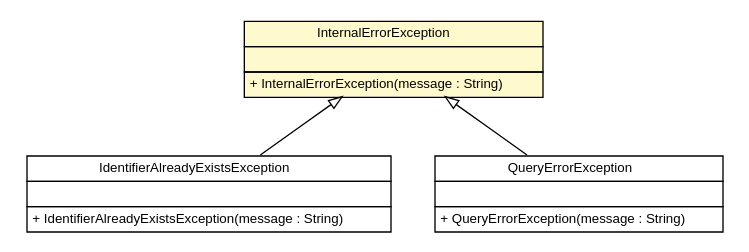
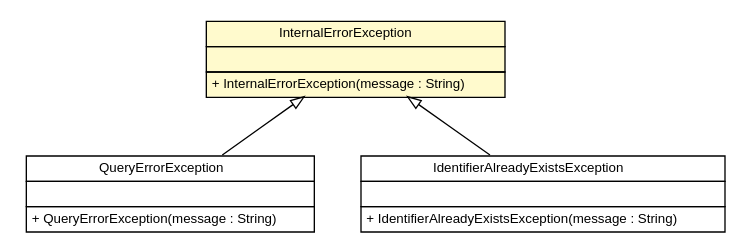
One commit to adrianorzyszek/r43ples changed the diagram in site/apidocs/de/tud/plt/r43ples/exception/InternalErrorException.dot. Above: the diagram before and after it, drawn with Graphviz. The commit also changed 266 other files, not shown here.

```diff
--- a/site/apidocs/de/tud/plt/r43ples/exception/InternalErrorException.dot
+++ b/site/apidocs/de/tud/plt/r43ples/exception/InternalErrorException.dot
@@ -1,52 +1,52 @@
 #!/usr/local/bin/dot
 #
 # Class diagram 
 # Generated by UMLGraph version R5_6-24-gf6e263 (http://www.umlgraph.org/)
 #
 
 digraph G {
 	edge [fontname="Helvetica",fontsize=10,labelfontname="Helvetica",labelfontsize=10];
 	node [fontname="Helvetica",fontsize=10,shape=plaintext];
 	nodesep=0.25;
 	ranksep=0.5;
+	// de.tud.plt.r43ples.exception.QueryErrorException
+	c869 [label=<<table title="de.tud.plt.r43ples.exception.QueryErrorException" border="0" cellborder="1" cellspacing="0" cellpadding="2" port="p" href="./QueryErrorException.html">
+		<tr><td><table border="0" cellspacing="0" cellpadding="1">
+<tr><td align="center" balign="center"> QueryErrorException </td></tr>
+		</table></td></tr>
+		<tr><td><table border="0" cellspacing="0" cellpadding="1">
+<tr><td align="left" balign="left">  </td></tr>
+		</table></td></tr>
+		<tr><td><table border="0" cellspacing="0" cellpadding="1">
+<tr><td align="left" balign="left"> + QueryErrorException(message : String) </td></tr>
+		</table></td></tr>
+		</table>>, URL="./QueryErrorException.html", fontname="Helvetica", fontcolor="black", fontsize=10.0];
+	// de.tud.plt.r43ples.exception.InternalErrorException
+	c870 [label=<<table title="de.tud.plt.r43ples.exception.InternalErrorException" border="0" cellborder="1" cellspacing="0" cellpadding="2" port="p" bgcolor="lemonChiffon" href="./InternalErrorException.html">
+		<tr><td><table border="0" cellspacing="0" cellpadding="1">
+<tr><td align="center" balign="center"> InternalErrorException </td></tr>
+		</table></td></tr>
+		<tr><td><table border="0" cellspacing="0" cellpadding="1">
+<tr><td align="left" balign="left">  </td></tr>
+		</table></td></tr>
+		<tr><td><table border="0" cellspacing="0" cellpadding="1">
+<tr><td align="left" balign="left"> + InternalErrorException(message : String) </td></tr>
+		</table></td></tr>
+		</table>>, URL="./InternalErrorException.html", fontname="Helvetica", fontcolor="black", fontsize=10.0];
 	// de.tud.plt.r43ples.exception.IdentifierAlreadyExistsException
-	c900 [label=<<table title="de.tud.plt.r43ples.exception.IdentifierAlreadyExistsException" border="0" cellborder="1" cellspacing="0" cellpadding="2" port="p" href="./IdentifierAlreadyExistsException.html">
+	c871 [label=<<table title="de.tud.plt.r43ples.exception.IdentifierAlreadyExistsException" border="0" cellborder="1" cellspacing="0" cellpadding="2" port="p" href="./IdentifierAlreadyExistsException.html">
 		<tr><td><table border="0" cellspacing="0" cellpadding="1">
 <tr><td align="center" balign="center"> IdentifierAlreadyExistsException </td></tr>
 		</table></td></tr>
 		<tr><td><table border="0" cellspacing="0" cellpadding="1">
 <tr><td align="left" balign="left">  </td></tr>
 		</table></td></tr>
 		<tr><td><table border="0" cellspacing="0" cellpadding="1">
 <tr><td align="left" balign="left"> + IdentifierAlreadyExistsException(message : String) </td></tr>
 		</table></td></tr>
 		</table>>, URL="./IdentifierAlreadyExistsException.html", fontname="Helvetica", fontcolor="black", fontsize=10.0];
-	// de.tud.plt.r43ples.exception.InternalErrorException
-	c901 [label=<<table title="de.tud.plt.r43ples.exception.InternalErrorException" border="0" cellborder="1" cellspacing="0" cellpadding="2" port="p" bgcolor="lemonChiffon" href="./InternalErrorException.html">
-		<tr><td><table border="0" cellspacing="0" cellpadding="1">
-<tr><td align="center" balign="center"> InternalErrorException </td></tr>
-		</table></td></tr>
-		<tr><td><table border="0" cellspacing="0" cellpadding="1">
-<tr><td align="left" balign="left">  </td></tr>
-		</table></td></tr>
-		<tr><td><table border="0" cellspacing="0" cellpadding="1">
-<tr><td align="left" balign="left"> + InternalErrorException(message : String) </td></tr>
-		</table></td></tr>
-		</table>>, URL="./InternalErrorException.html", fontname="Helvetica", fontcolor="black", fontsize=10.0];
-	// de.tud.plt.r43ples.exception.QueryErrorException
-	c902 [label=<<table title="de.tud.plt.r43ples.exception.QueryErrorException" border="0" cellborder="1" cellspacing="0" cellpadding="2" port="p" href="./QueryErrorException.html">
-		<tr><td><table border="0" cellspacing="0" cellpadding="1">
-<tr><td align="center" balign="center"> QueryErrorException </td></tr>
-		</table></td></tr>
-		<tr><td><table border="0" cellspacing="0" cellpadding="1">
-<tr><td align="left" balign="left">  </td></tr>
-		</table></td></tr>
-		<tr><td><table border="0" cellspacing="0" cellpadding="1">
-<tr><td align="left" balign="left"> + QueryErrorException(message : String) </td></tr>
-		</table></td></tr>
-		</table>>, URL="./QueryErrorException.html", fontname="Helvetica", fontcolor="black", fontsize=10.0];
+	//de.tud.plt.r43ples.exception.QueryErrorException extends de.tud.plt.r43ples.exception.InternalErrorException
+	c870:p -> c869:p [dir=back,arrowtail=empty];
 	//de.tud.plt.r43ples.exception.IdentifierAlreadyExistsException extends de.tud.plt.r43ples.exception.InternalErrorException
-	c901:p -> c900:p [dir=back,arrowtail=empty];
-	//de.tud.plt.r43ples.exception.QueryErrorException extends de.tud.plt.r43ples.exception.InternalErrorException
-	c901:p -> c902:p [dir=back,arrowtail=empty];
+	c870:p -> c871:p [dir=back,arrowtail=empty];
 }
```
